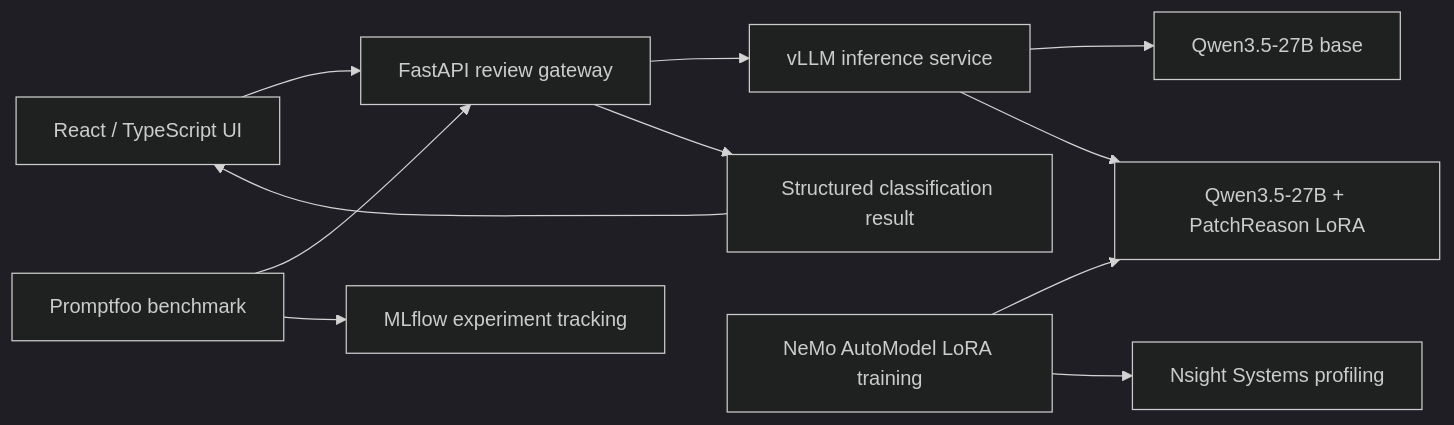
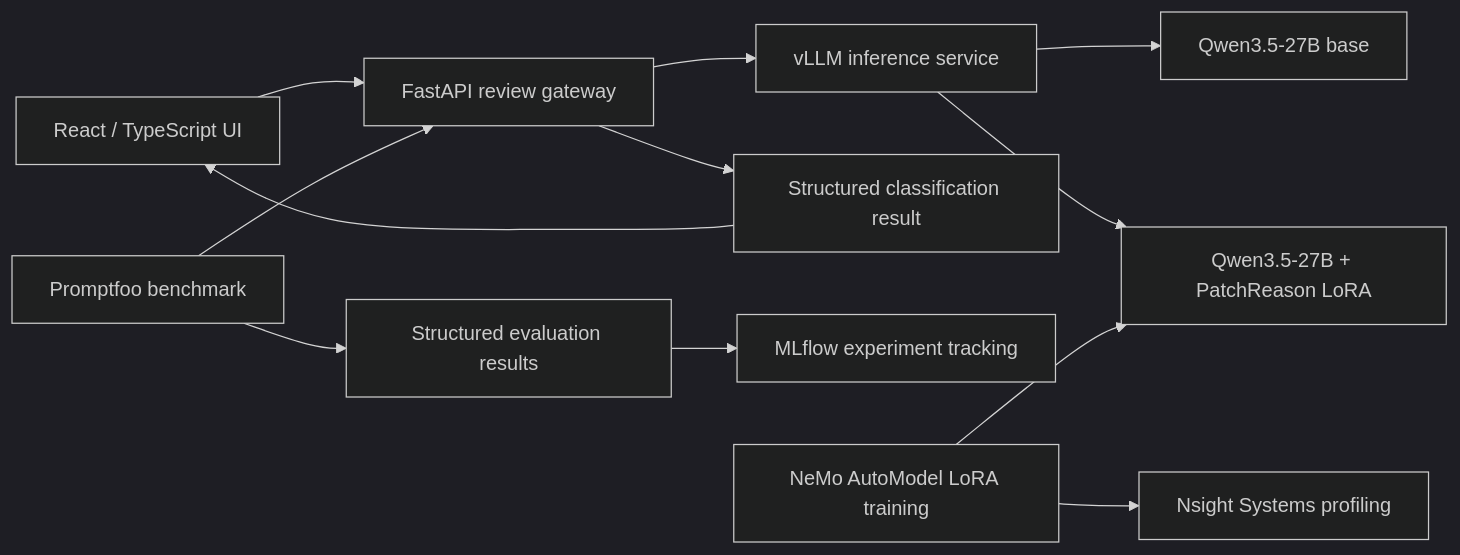
Before and after one commit to smrivero/PatchReason: the first of 2 diagrams in README.md, drawn with Mermaid (dark theme). The commit also changed other lines of this file and 14 other files, not shown here.

````diff
--- a/README.md
+++ b/README.md
@@ -30,13 +30,14 @@
 ```mermaid
 flowchart LR
     UI[React / TypeScript UI] --> API[FastAPI review gateway]
     API --> V[vLLM inference service]
     V --> BASE[Qwen3.5-27B base]
     V --> LORA[Qwen3.5-27B + PatchReason LoRA]
     API --> OUT[Structured classification result]
     OUT --> UI
     TEST[Promptfoo benchmark] --> API
-    TEST --> TRACK[MLflow experiment tracking]
+    TEST --> RESULTS[Structured evaluation results]
+    RESULTS --> TRACK[MLflow experiment tracking]
     TRAIN[NeMo AutoModel LoRA training] --> LORA
     TRAIN --> NS[Nsight Systems profiling]
 ```
````
